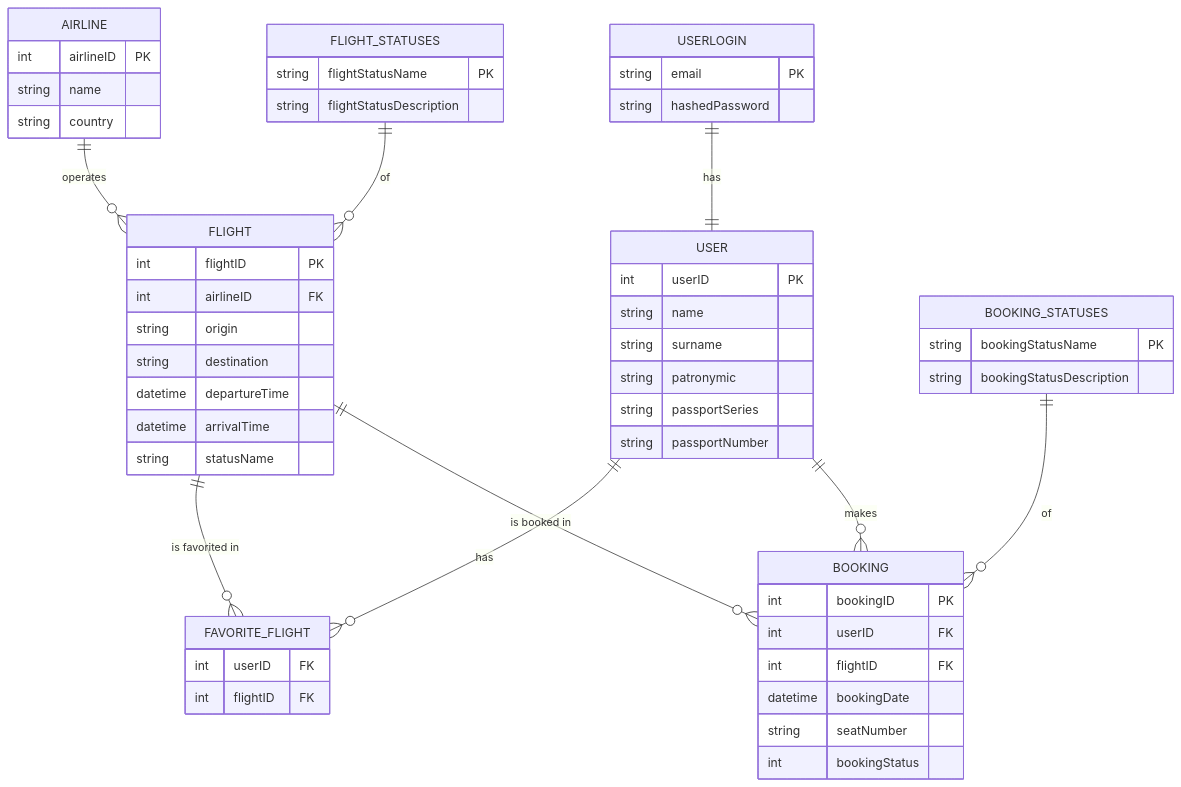
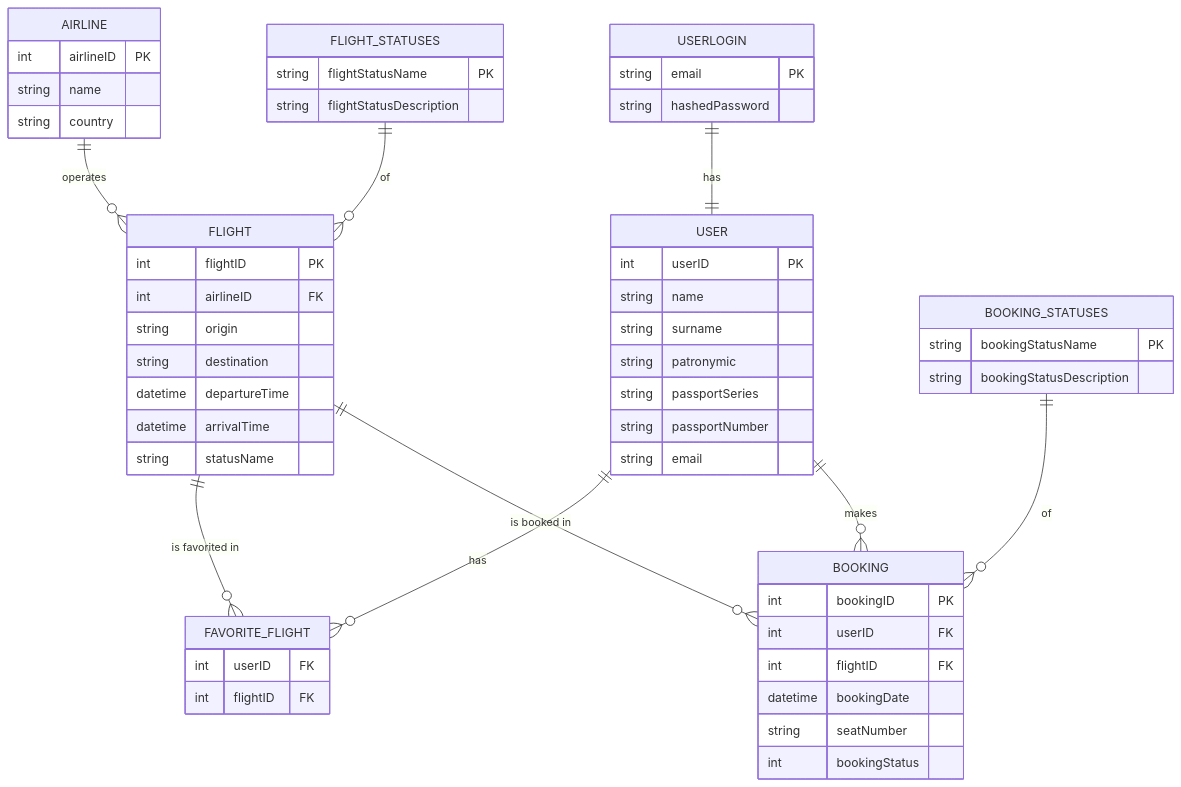
One commit to aaanswer/AviaProject changed the diagram in README.md. Above: the diagram before and after it, drawn with Mermaid.

Commit message:
Update README.md
Обновлена таблица USER

````diff
--- a/README.md
+++ b/README.md
@@ -3,65 +3,66 @@
 ```mermaid
 erDiagram
     USER {
         int userID PK
         string name
         string surname
         string patronymic
         string passportSeries
         string passportNumber
+        string email
     }
 
     USERLOGIN {
         string email PK
         string hashedPassword
     }
 
     AIRLINE {
         int airlineID PK
         string name
         string country
     }
 
     FLIGHT {
         int flightID PK
         int airlineID FK
         string origin
         string destination
         datetime departureTime
         datetime arrivalTime
         string statusName
     }
 
     FLIGHT_STATUSES {
         string flightStatusName PK
         string flightStatusDescription
     }
 
     BOOKING {
         int bookingID PK
         int userID FK
         int flightID FK
         datetime bookingDate
         string seatNumber
         int bookingStatus
     }
 
     BOOKING_STATUSES {
         string bookingStatusName PK
         string bookingStatusDescription
     }
 
     FAVORITE_FLIGHT {
         int userID FK
         int flightID FK
     }
 
     USER ||--o{ BOOKING : "makes"
     BOOKING_STATUSES ||--o{ BOOKING : "of"
     FLIGHT_STATUSES ||--o{ FLIGHT : "of"
     USER ||--o{ FAVORITE_FLIGHT : "has"
     USERLOGIN ||--|| USER : "has"
     AIRLINE ||--o{ FLIGHT : "operates"
     FLIGHT ||--o{ BOOKING : "is booked in"
     FLIGHT ||--o{ FAVORITE_FLIGHT : "is favorited in"
 ```
````
